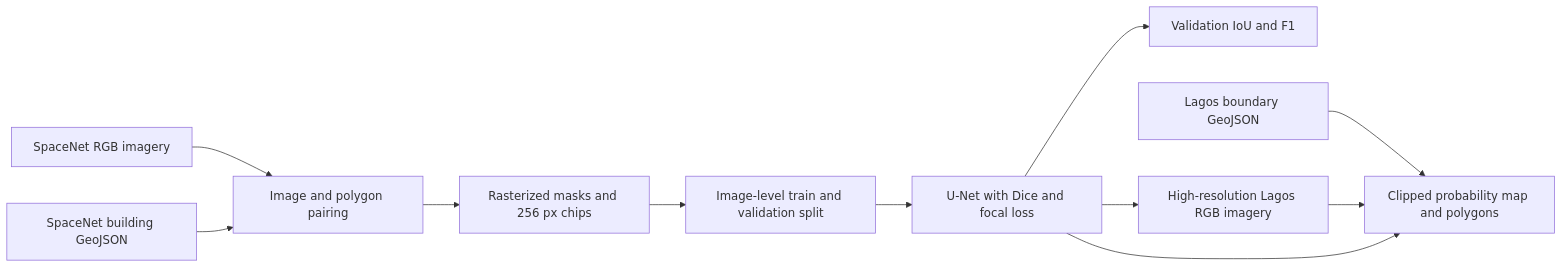
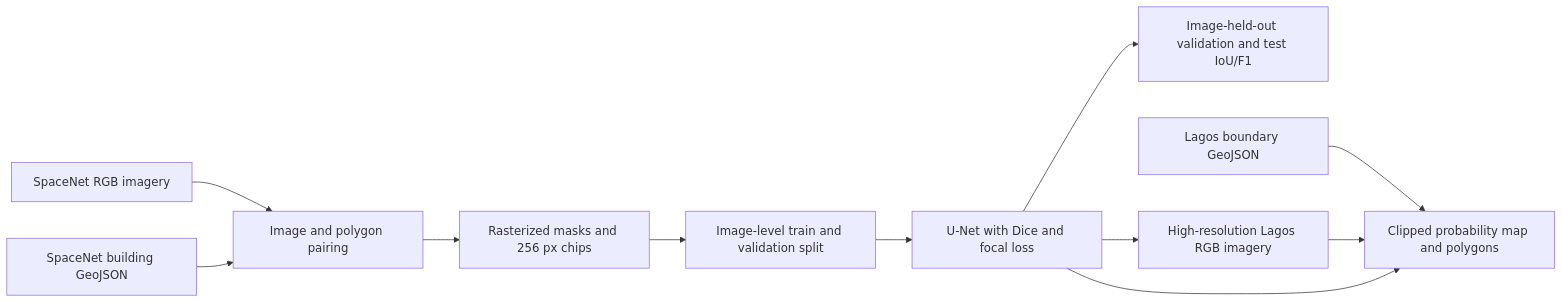
One commit to IyinoluwaDon/Lagos-building-footprint-mapping changed the diagram in docs/PROJECT_OVERVIEW.md. Above: the diagram before and after it, drawn with Mermaid. The commit also changed other lines of this file and 26 other files, not shown here.

````diff
--- a/docs/PROJECT_OVERVIEW.md
+++ b/docs/PROJECT_OVERVIEW.md
@@ -24,13 +24,13 @@
 ```mermaid
 flowchart LR
     A[SpaceNet RGB imagery] --> C[Image and polygon pairing]
     B[SpaceNet building GeoJSON] --> C
     C --> D[Rasterized masks and 256 px chips]
     D --> E[Image-level train and validation split]
     E --> F[U-Net with Dice and focal loss]
-    F --> G[Validation IoU and F1]
+    F --> G[Image-held-out validation and test IoU/F1]
     F --> H[High-resolution Lagos RGB imagery]
     I[Lagos boundary GeoJSON] --> J[Clipped probability map and polygons]
     H --> J
     F --> J
 ```
````
